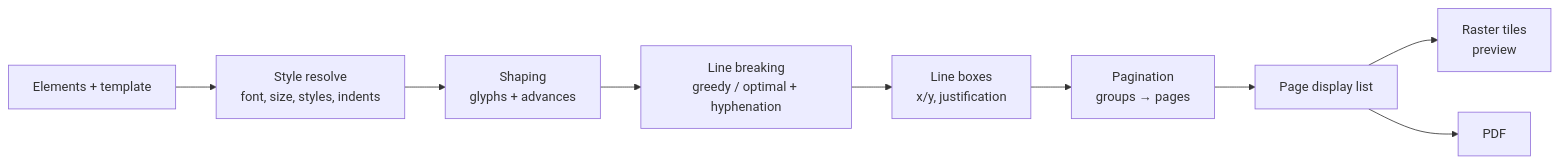
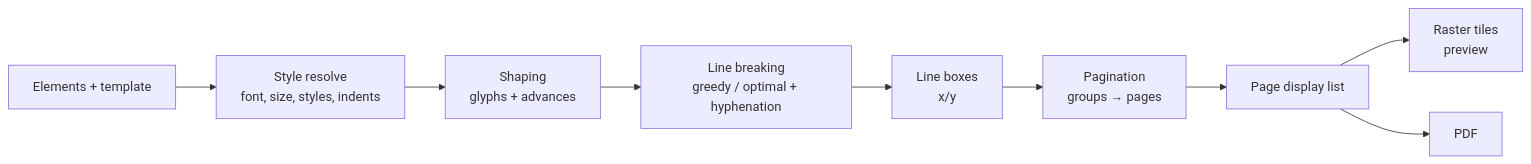
One commit to arjunacharya10/river-writer changed the second of 2 diagrams in docs/05-architecture.md. Above: the diagram before and after it, drawn with Mermaid. The commit also changed other lines of this file and 3 other files, not shown here.

````diff
--- a/docs/05-architecture.md
+++ b/docs/05-architecture.md
@@ -202,11 +202,11 @@
 ```mermaid
 flowchart LR
   E[Elements + template] --> S[Style resolve<br/>font, size, styles, indents]
   S --> SH[Shaping<br/>glyphs + advances]
   SH --> LB[Line breaking<br/>greedy / optimal + hyphenation]
-  LB --> LN[Line boxes<br/>x/y, justification]
+  LB --> LN[Line boxes<br/>x/y]
   LN --> PG[Pagination<br/>groups → pages]
   PG --> DL[Page display list]
   DL --> R[Raster tiles<br/>preview]
   DL --> P[PDF]
 ```
````
